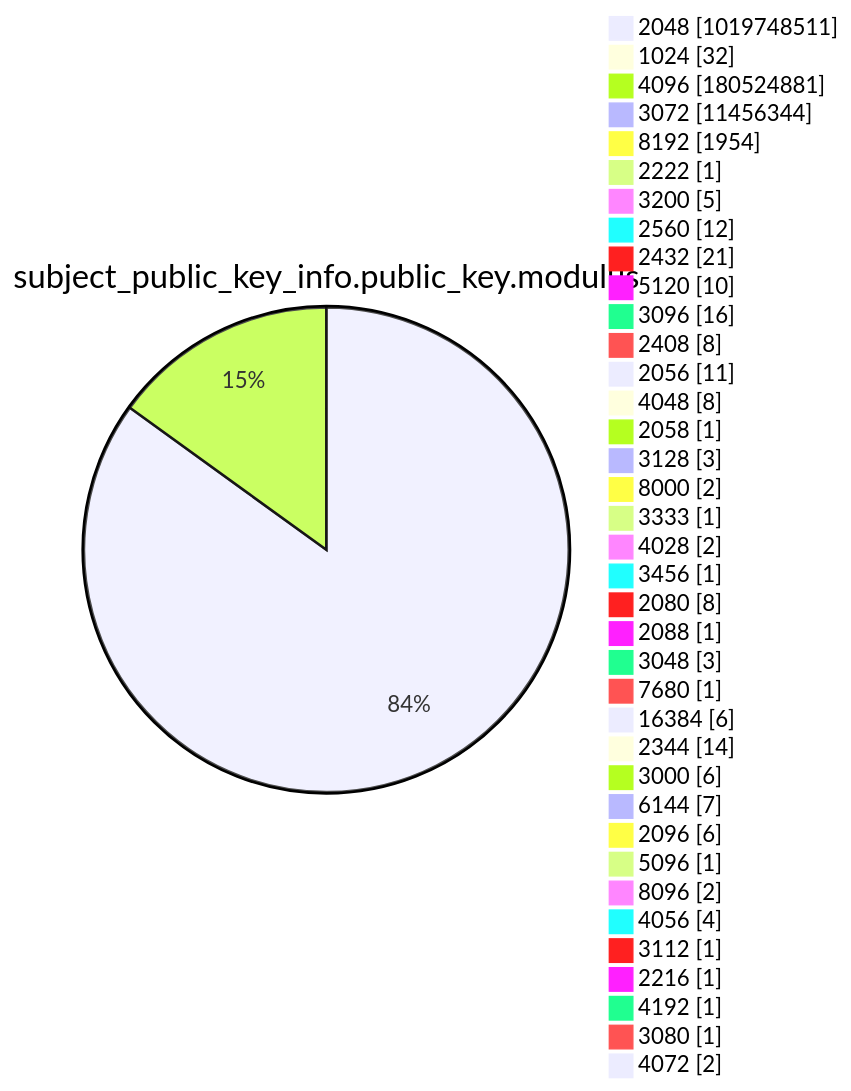
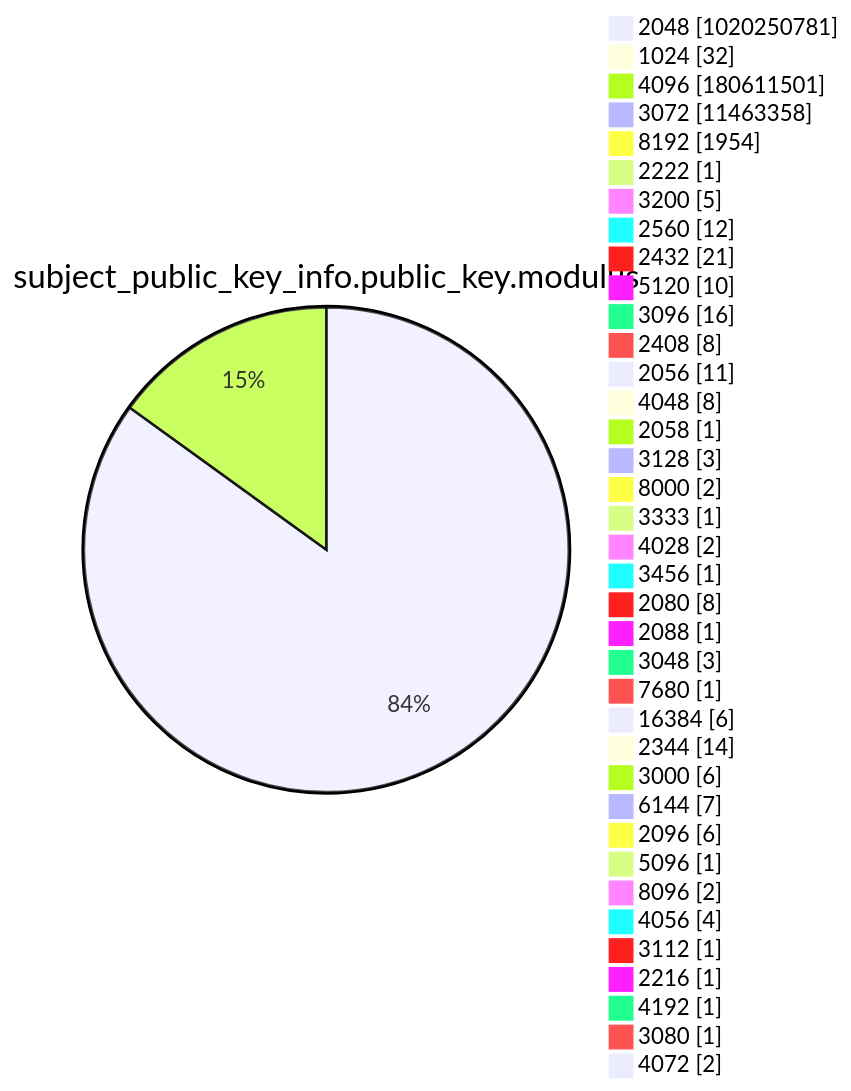
Diagram 13 of 15 in argon2022/README.md (christiankrug/ctmonitor_visualization), drawn with Mermaid before and after one commit. The commit also changed other lines of this file, not shown here.

````diff
--- a/argon2022/README.md
+++ b/argon2022/README.md
@@ -3588,41 +3588,41 @@
 ```mermaid
 pie showData
 title subject_public_key_info.public_key.modulus
-"2048" :1019748511
+"2048" :1020250781
 "1024" :32
-"4096" :180524881
-"3072" :11456344
+"4096" :180611501
+"3072" :11463358
 "8192" :1954
 "2222" :1
 "3200" :5
 "2560" :12
 "2432" :21
 "5120" :10
 "3096" :16
 "2408" :8
 "2056" :11
 "4048" :8
 "2058" :1
 "3128" :3
 "8000" :2
 "3333" :1
 "4028" :2
 "3456" :1
 "2080" :8
 "2088" :1
 "3048" :3
 "7680" :1
 "16384" :6
 "2344" :14
 "3000" :6
 "6144" :7
 "2096" :6
 "5096" :1
 "8096" :2
 "4056" :4
 "3112" :1
 "2216" :1
 "4192" :1
 "3080" :1
 "4072" :2
 ```
````
